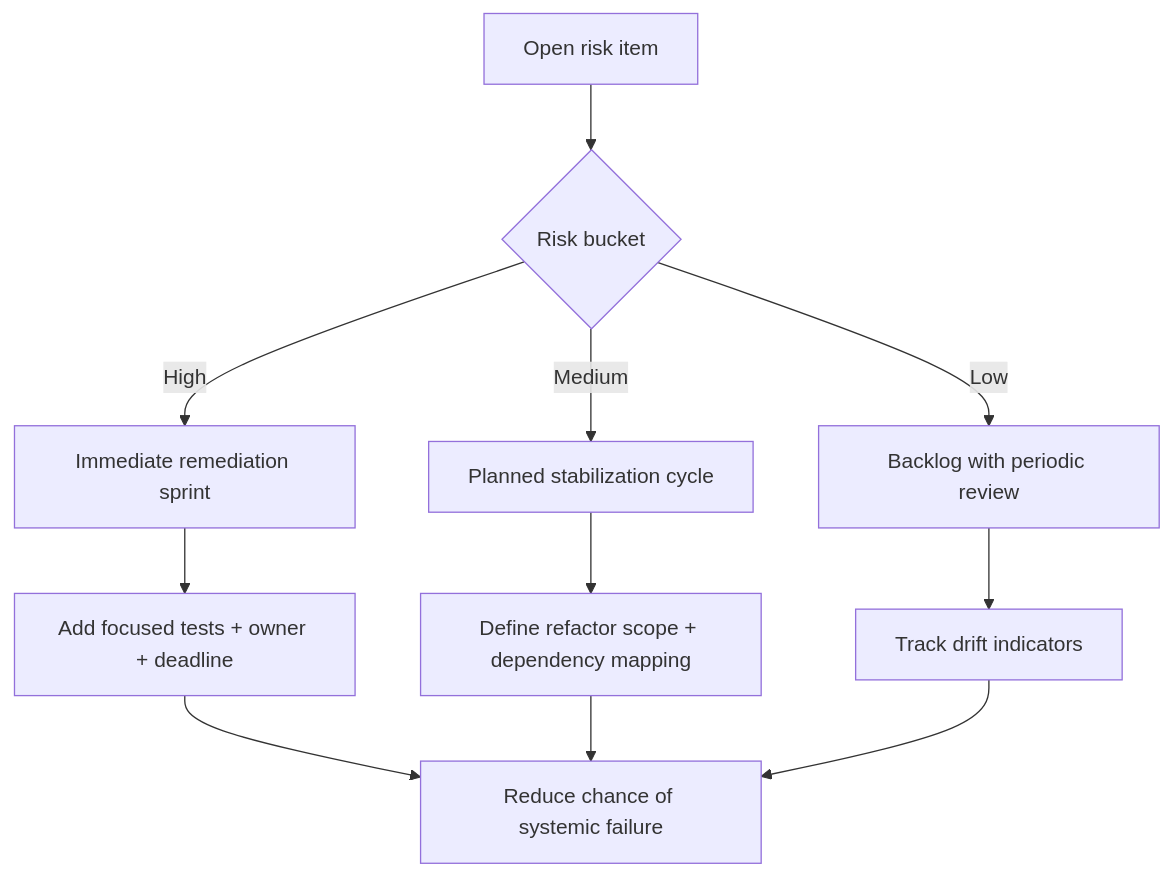
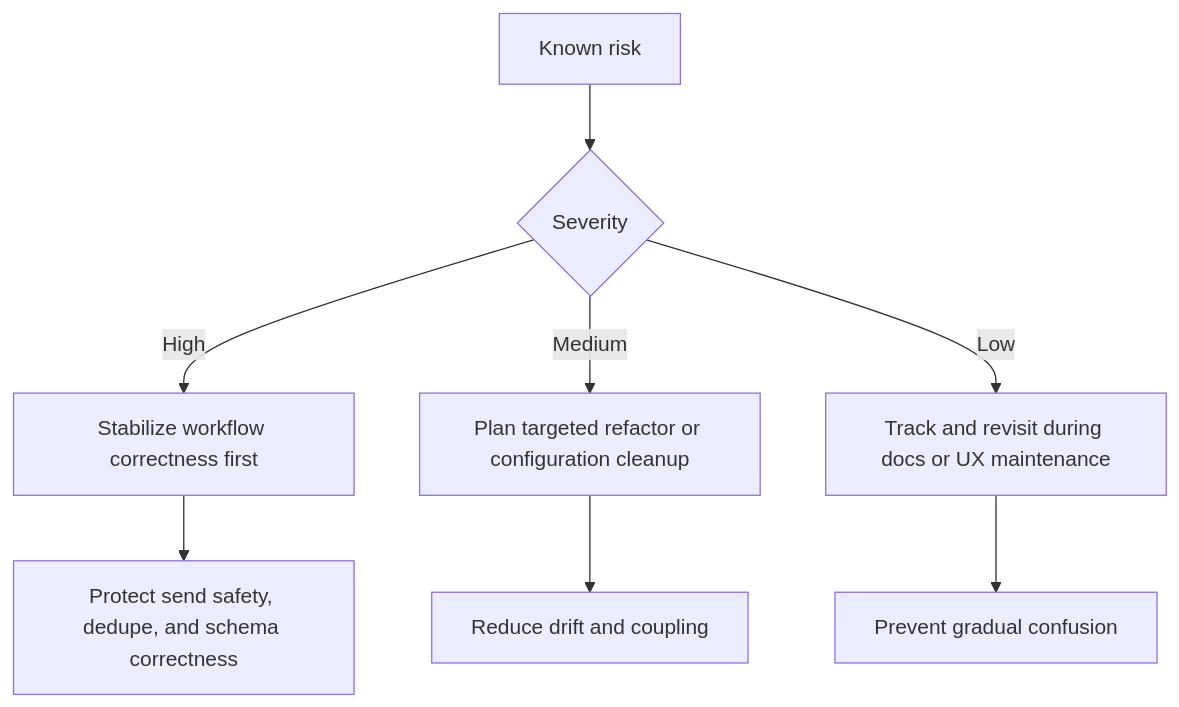
Before and after one commit to chaitanyadheeraj98/CODEJOB: the diagram in docs/snowball.md, drawn with Mermaid. The commit also changed other lines of this file and 8 other files, not shown here.

````diff
--- a/docs/snowball.md
+++ b/docs/snowball.md
@@ -123,13 +71,10 @@
 ```mermaid
 flowchart TD
-    A[Open risk item] --> B{Risk bucket}
-    B -->|High| C[Immediate remediation sprint]
-    B -->|Medium| D[Planned stabilization cycle]
-    B -->|Low| E[Backlog with periodic review]
-    C --> F[Add focused tests + owner + deadline]
-    D --> G[Define refactor scope + dependency mapping]
-    E --> H[Track drift indicators]
-    F --> I[Reduce chance of systemic failure]
-    G --> I
-    H --> I
+    A[Known risk] --> B{Severity}
+    B -->|High| C[Stabilize workflow correctness first]
+    B -->|Medium| D[Plan targeted refactor or configuration cleanup]
+    B -->|Low| E[Track and revisit during docs or UX maintenance]
+    C --> F[Protect send safety, dedupe, and schema correctness]
+    D --> G[Reduce drift and coupling]
+    E --> H[Prevent gradual confusion]
 ```
````
